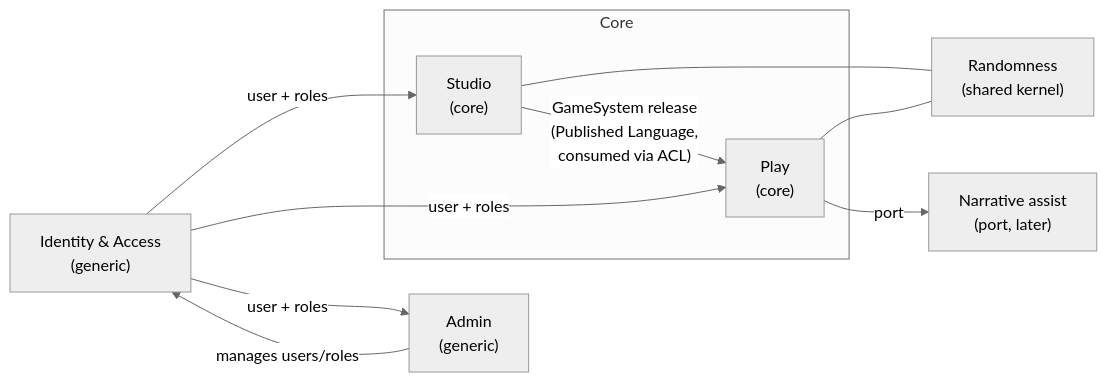
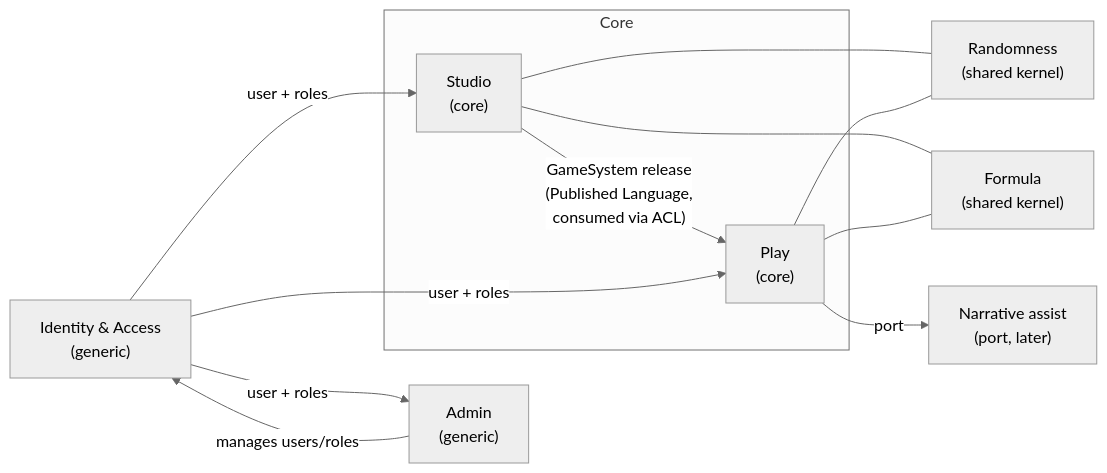
The diagram in docs/domain/context-map.md (iribarren/ogami), drawn with Mermaid (neutral theme) before and after one commit. The commit also changed other lines of this file and 8 other files, not shown here.

First line of the commit message:
docs: rules-derived-values feature doc and ADR 0023 formula kernel

````diff
--- a/docs/domain/context-map.md
+++ b/docs/domain/context-map.md
@@ -20,20 +21,23 @@
 ```mermaid
 flowchart LR
     subgraph Core
         Studio["Studio<br/>(core)"]
         Play["Play<br/>(core)"]
     end
     Randomness["Randomness<br/>(shared kernel)"]
+    Formula["Formula<br/>(shared kernel)"]
     IAM["Identity & Access<br/>(generic)"]
     Admin["Admin<br/>(generic)"]
     Assist["Narrative assist<br/>(port, later)"]
 
     Studio -- "GameSystem release<br/>(Published Language,<br/>consumed via ACL)" --> Play
     Studio --- Randomness
     Play --- Randomness
+    Studio --- Formula
+    Play --- Formula
     Play -- "port" --> Assist
     IAM -- "user + roles" --> Play
     IAM -- "user + roles" --> Studio
     IAM -- "user + roles" --> Admin
     Admin -- "manages users/roles" --> IAM
 ```
````
